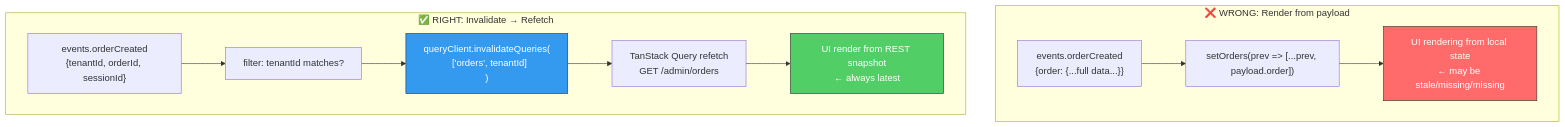
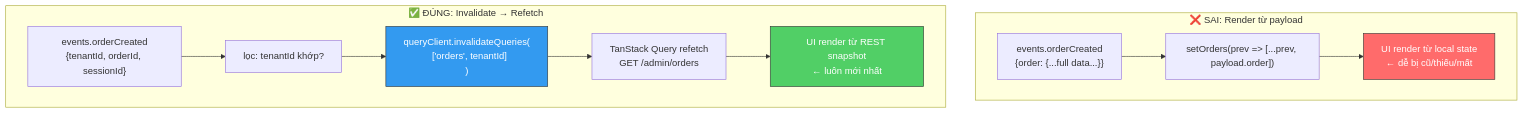
The seventh of 11 diagrams in docs/guides/websocket-socketio-qrtable.md (quan-vo-dinh/saas-pos-microservices-qrtable), drawn with Mermaid before and after one commit. The commit also changed other lines of this file and 8 other files, not shown here.

Commit message:
docs: update architecture guides, codebase map, and consolidation plans

````diff
--- a/docs/guides/websocket-socketio-qrtable.md
+++ b/docs/guides/websocket-socketio-qrtable.md
@@ -552,24 +552,24 @@
 ```mermaid
 graph TB
-subgraph "❌ WRONG: Render from payload"
+subgraph "❌ SAI: Render từ payload"
         EW["events.orderCreated\n{order: {...full data...}}"]
         RW["setOrders(prev => [...prev, payload.order])"]
-UW["UI rendering from local state\n← may be stale/missing/missing"]
+UW["UI render từ local state\n← dễ bị cũ/thiếu/mất"]
 
         EW --> RW --> UW
     end
 
-    subgraph "✅ RIGHT: Invalidate → Refetch"
+    subgraph "✅ ĐÚNG: Invalidate → Refetch"
         ER["events.orderCreated\n{tenantId, orderId, sessionId}"]
-FR["filter: tenantId matches?"]
+FR["lọc: tenantId khớp?"]
         IR["queryClient.invalidateQueries(\n  ['orders', tenantId]\n)"]
         RR["TanStack Query refetch\nGET /admin/orders"]
-UR["UI render from REST snapshot\n← always latest"]
+UR["UI render từ REST snapshot\n← luôn mới nhất"]
 
         ER --> FR --> IR --> RR --> UR
     end
 
     style UW fill:#ff6b6b,stroke:#333,color:#fff
     style UR fill:#51cf66,stroke:#333,color:#fff
     style IR fill:#339af0,stroke:#333,color:#fff
 ```
````
